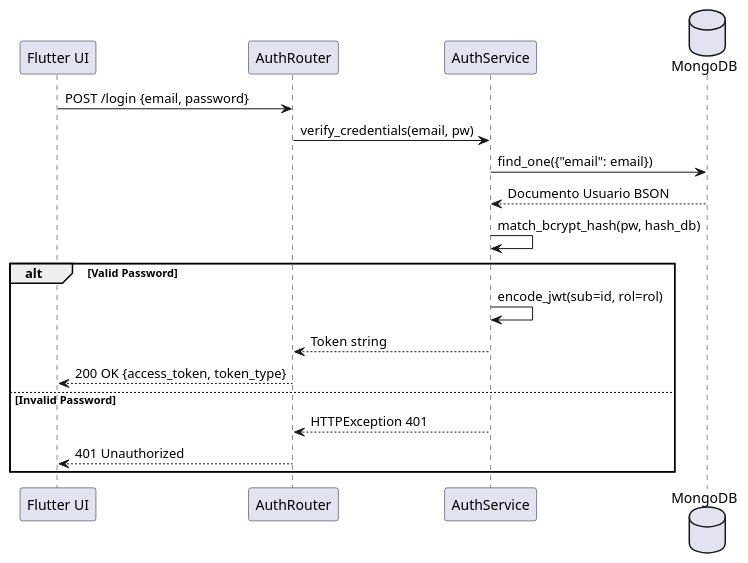
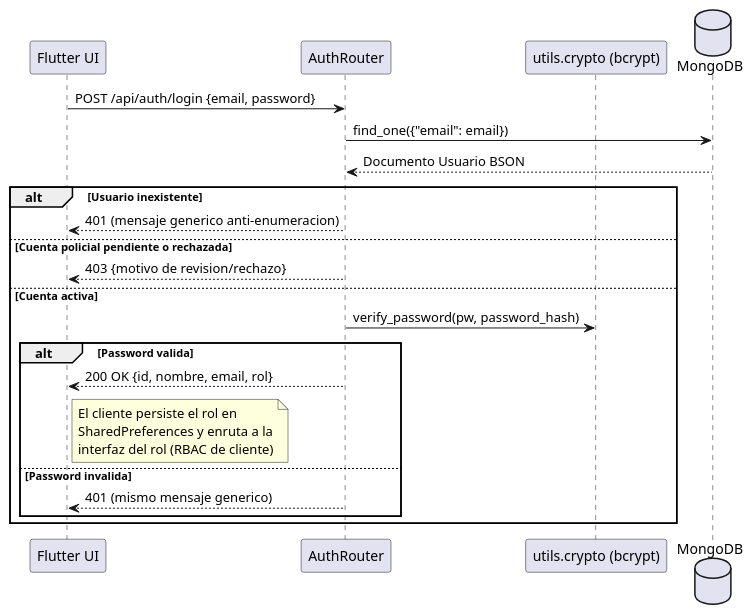
Before and after one commit to pieroalexanderppc/sgeo_pp: the fourth of 10 diagrams in docs/FD04-EPIS-Informe SAD de Proyecto.md, drawn with PlantUML. The commit also changed other lines of this file and 27 other files, not shown here.

````diff
--- a/docs/FD04-EPIS-Informe SAD de Proyecto.md
+++ b/docs/FD04-EPIS-Informe SAD de Proyecto.md
@@ -252,23 +266,30 @@
 ```plantuml
 @startuml
 skinparam shadowing false
 participant "Flutter UI" as UI
 participant "AuthRouter" as Router
-participant "AuthService" as Service
+participant "utils.crypto (bcrypt)" as Crypto
 database "MongoDB" as DB
 
-UI -> Router: POST /login {email, password}
-Router -> Service: verify_credentials(email, pw)
-Service -> DB: find_one({"email": email})
-DB --> Service: Documento Usuario BSON
-Service -> Service: match_bcrypt_hash(pw, hash_db)
-alt Valid Password
-    Service -> Service: encode_jwt(sub=id, rol=rol)
-    Service --> Router: Token string
-    Router --> UI: 200 OK {access_token, token_type}
-else Invalid Password
-    Service --> Router: HTTPException 401
-    Router --> UI: 401 Unauthorized
+UI -> Router: POST /api/auth/login {email, password}
+Router -> DB: find_one({"email": email})
+DB --> Router: Documento Usuario BSON
+alt Usuario inexistente
+    Router --> UI: 401 (mensaje generico anti-enumeracion)
+else Cuenta policial pendiente o rechazada
+    Router --> UI: 403 {motivo de revision/rechazo}
+else Cuenta activa
+    Router -> Crypto: verify_password(pw, password_hash)
+    alt Password valida
+        Router --> UI: 200 OK {id, nombre, email, rol}
+        note right of UI
+          El cliente persiste el rol en
+          SharedPreferences y enruta a la
+          interfaz del rol (RBAC de cliente)
+        end note
+    else Password invalida
+        Router --> UI: 401 (mismo mensaje generico)
+    end
 end
 @enduml
 ```
````
